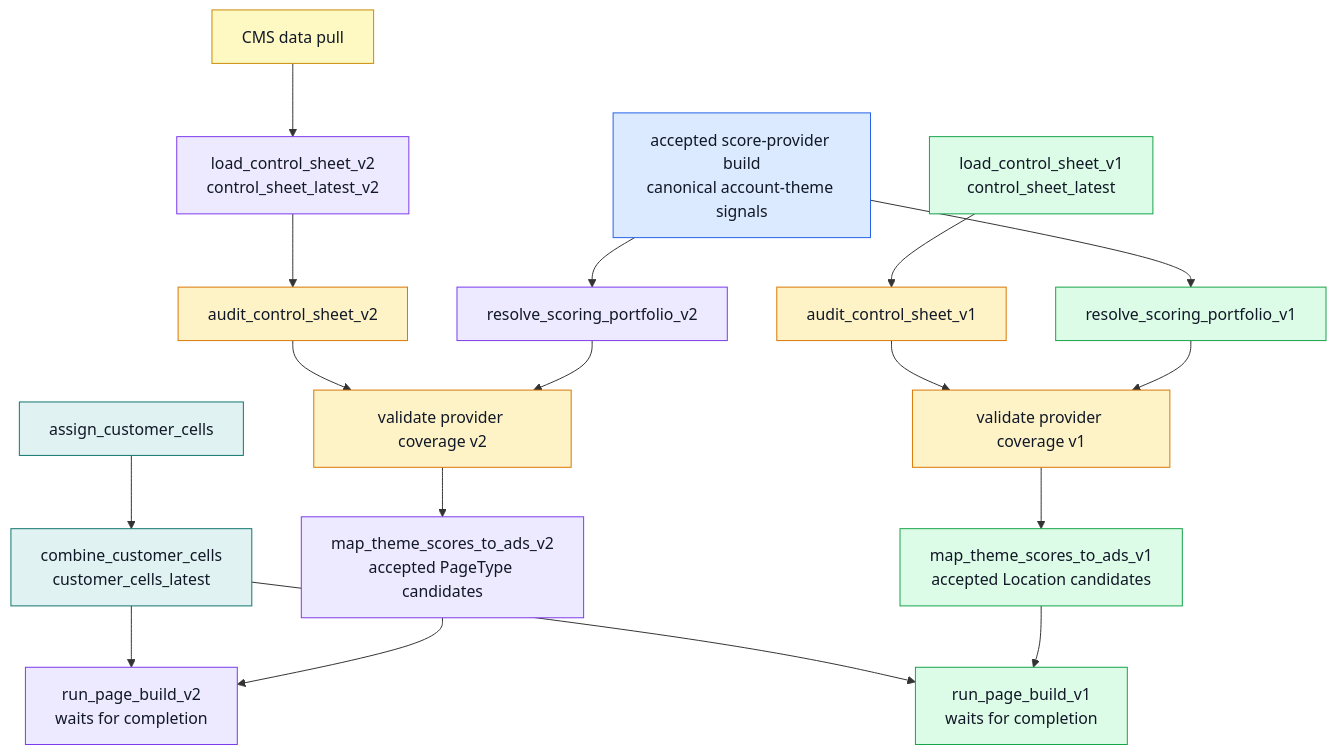
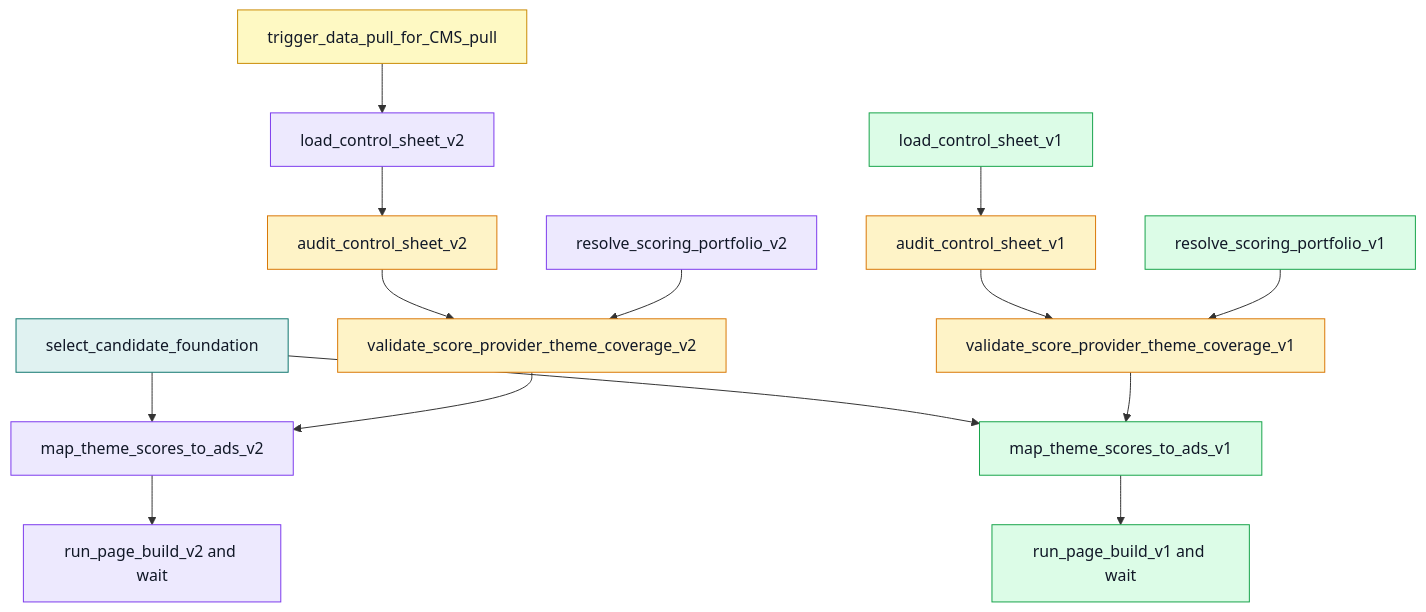
The second of 2 diagrams in docs/architecture/v1_v2_parallel_route.md (swblain-glyndwr/personal_project), drawn with Mermaid before and after one commit. The commit also changed other lines of this file and 10 other files, not shown here.

````diff
--- a/docs/architecture/v1_v2_parallel_route.md
+++ b/docs/architecture/v1_v2_parallel_route.md
@@ -86,49 +91,32 @@
 ```mermaid
 flowchart TD
-  classDef sharedModel fill:#dbeafe,stroke:#2563eb,color:#111827
-  classDef sharedTask fill:#e0f2f1,stroke:#0f766e,color:#111827
+  classDef shared fill:#e0f2f1,stroke:#0f766e,color:#111827
   classDef v1 fill:#dcfce7,stroke:#16a34a,color:#111827
   classDef v2 fill:#ede9fe,stroke:#7c3aed,color:#111827
-  classDef guardrail fill:#fef3c7,stroke:#d97706,color:#111827
+  classDef guard fill:#fef3c7,stroke:#d97706,color:#111827
   classDef external fill:#fef9c3,stroke:#ca8a04,color:#111827
 
-  PROVIDER["accepted score-provider build<br/>canonical account-theme signals"]:::sharedModel
-
-  ASSIGN["assign_customer_cells"]:::sharedTask
-  COMBINE["combine_customer_cells<br/>customer_cells_latest"]:::sharedTask
-  ASSIGN --> COMBINE
-
-  LOAD_V1["load_control_sheet_v1<br/>control_sheet_latest"]:::v1
-  AUDIT_V1["audit_control_sheet_v1"]:::guardrail
-  LOAD_V1 --> AUDIT_V1
-
-  CMS["CMS data pull"]:::external
-  LOAD_V2["load_control_sheet_v2<br/>control_sheet_latest_v2"]:::v2
-  AUDIT_V2["audit_control_sheet_v2"]:::guardrail
-  CMS --> LOAD_V2 --> AUDIT_V2
-
+  FOUNDATION["select_candidate_foundation"]:::shared
+  LOAD_V1["load_control_sheet_v1"]:::v1
+  AUDIT_V1["audit_control_sheet_v1"]:::guard
+  CMS["trigger_data_pull_for_CMS_pull"]:::external
+  LOAD_V2["load_control_sheet_v2"]:::v2
+  AUDIT_V2["audit_control_sheet_v2"]:::guard
   SELECT_V1["resolve_scoring_portfolio_v1"]:::v1
   SELECT_V2["resolve_scoring_portfolio_v2"]:::v2
-  PROVIDER --> SELECT_V1
-  PROVIDER --> SELECT_V2
+  COVER_V1["validate_score_provider_theme_coverage_v1"]:::guard
+  COVER_V2["validate_score_provider_theme_coverage_v2"]:::guard
+  MAP_V1["map_theme_scores_to_ads_v1"]:::v1
+  MAP_V2["map_theme_scores_to_ads_v2"]:::v2
+  PAGE_V1["run_page_build_v1 and wait"]:::v1
+  PAGE_V2["run_page_build_v2 and wait"]:::v2
 
-  COVER_V1["validate provider coverage v1"]:::guardrail
-  COVER_V2["validate provider coverage v2"]:::guardrail
-  AUDIT_V1 --> COVER_V1
+  LOAD_V1 --> AUDIT_V1 --> COVER_V1
   SELECT_V1 --> COVER_V1
-  AUDIT_V2 --> COVER_V2
+  CMS --> LOAD_V2 --> AUDIT_V2 --> COVER_V2
   SELECT_V2 --> COVER_V2
-
-  MAP_V1["map_theme_scores_to_ads_v1<br/>accepted Location candidates"]:::v1
-  MAP_V2["map_theme_scores_to_ads_v2<br/>accepted PageType candidates"]:::v2
-
-  COVER_V1 --> MAP_V1
-  COVER_V2 --> MAP_V2
-
-  PAGE_V1["run_page_build_v1<br/>waits for completion"]:::v1
-  PAGE_V2["run_page_build_v2<br/>waits for completion"]:::v2
-  COMBINE --> PAGE_V1
-  MAP_V1 --> PAGE_V1
-  COMBINE --> PAGE_V2
-  MAP_V2 --> PAGE_V2
+  FOUNDATION --> MAP_V1
+  FOUNDATION --> MAP_V2
+  COVER_V1 --> MAP_V1 --> PAGE_V1
+  COVER_V2 --> MAP_V2 --> PAGE_V2
 ```
````
